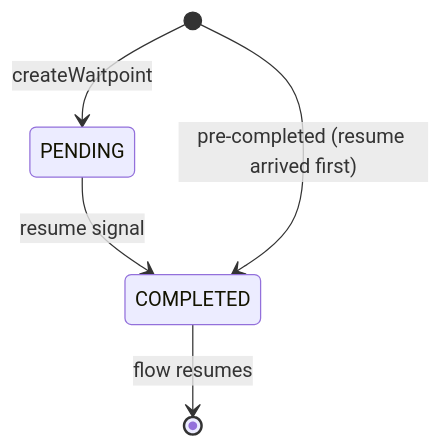
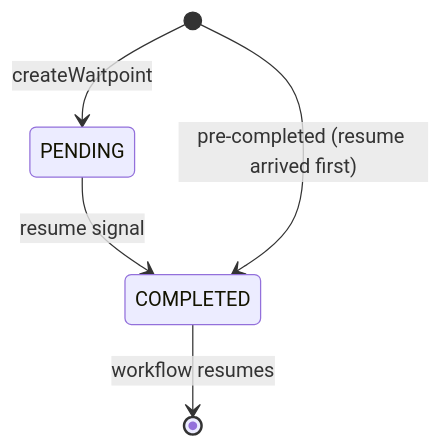
One commit to lokiworks/fema-ipaas changed the first of 2 diagrams in docs/install/architecture/waitpoints.mdx. Above: the diagram before and after it, drawn with Mermaid. The commit also changed other lines of this file and 1330 other files, not shown here.

First line of the commit message:
refactor: rename Flow to Workflow (design doc section 5)

````diff
--- a/docs/install/architecture/waitpoints.mdx
+++ b/docs/install/architecture/waitpoints.mdx
@@ -8,7 +8,7 @@
 ```mermaid
 stateDiagram-v2
     [*] --> PENDING: createWaitpoint
     PENDING --> COMPLETED: resume signal
-    COMPLETED --> [*]: flow resumes
+    COMPLETED --> [*]: workflow resumes
     [*] --> COMPLETED: pre-completed (resume arrived first)
 ```
````
